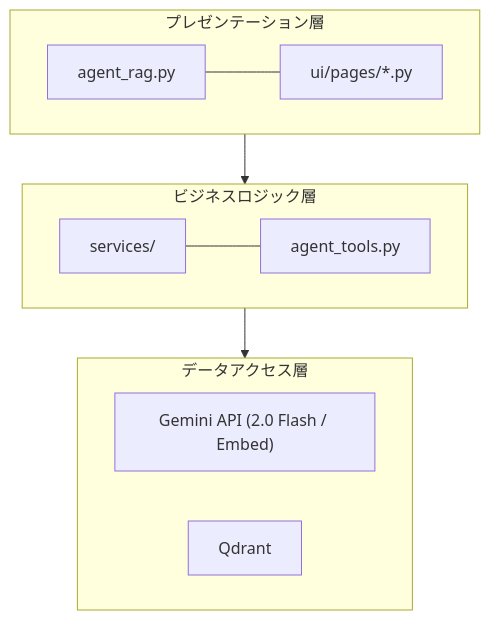
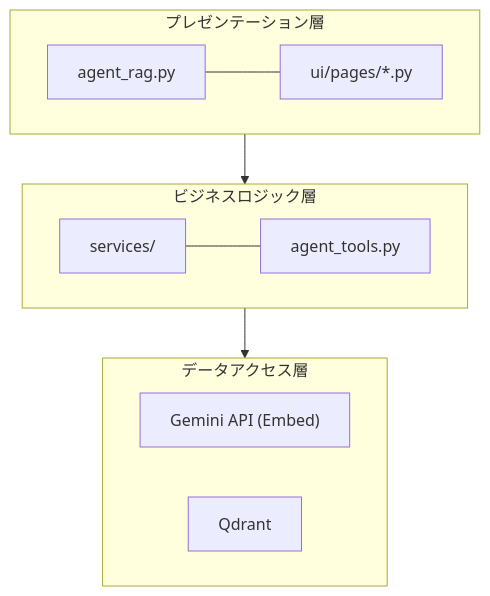
The first of 10 diagrams in README_ReAct.md (nakashima2toshio/gemini_grace_agent), drawn with Mermaid before and after one commit. The commit also changed 8 other files, not shown here.

````diff
--- a/README_ReAct.md
+++ b/README_ReAct.md
@@ -141,22 +141,22 @@
 ```mermaid
 graph TD
     subgraph Presentation [プレゼンテーション層]
         Entry["agent_rag.py"]
         Pages["ui/pages/*.py"]
         Entry --- Pages
     end
 
     subgraph BusinessLogic [ビジネスロジック層]
         Services["services/"]
         Tools["agent_tools.py"]
         Services --- Tools
     end
 
     subgraph DataAccess [データアクセス層]
-        API["Gemini API (2.0 Flash / Embed)"]
+        API["Gemini API (Embed)"]
         DB["Qdrant"]
     end
 
     Presentation --> BusinessLogic
     BusinessLogic --> DataAccess
 ```
````
